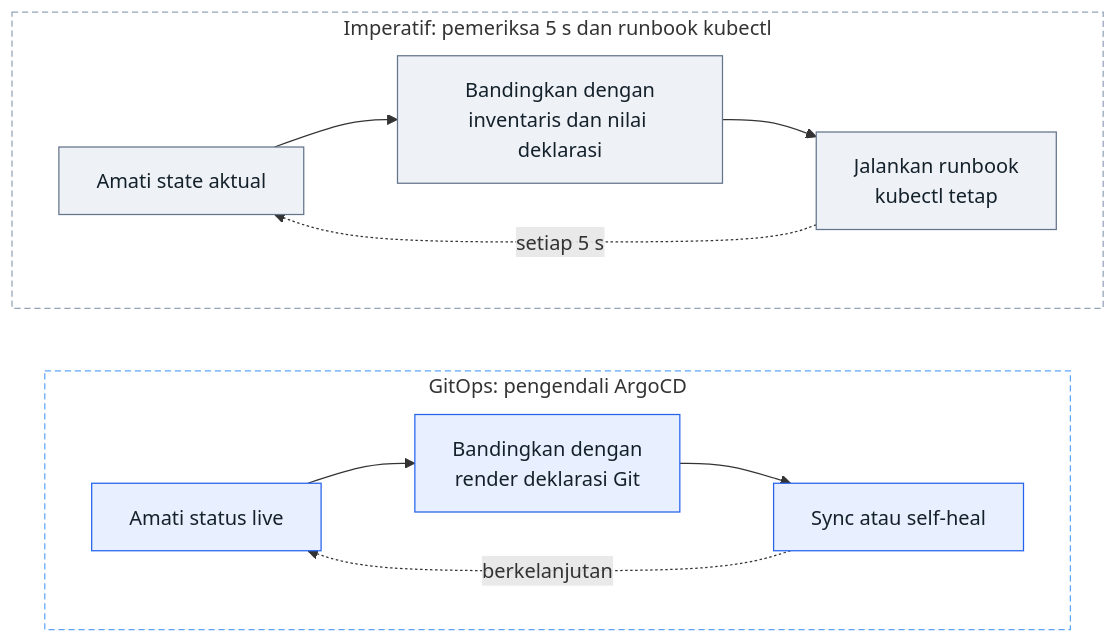
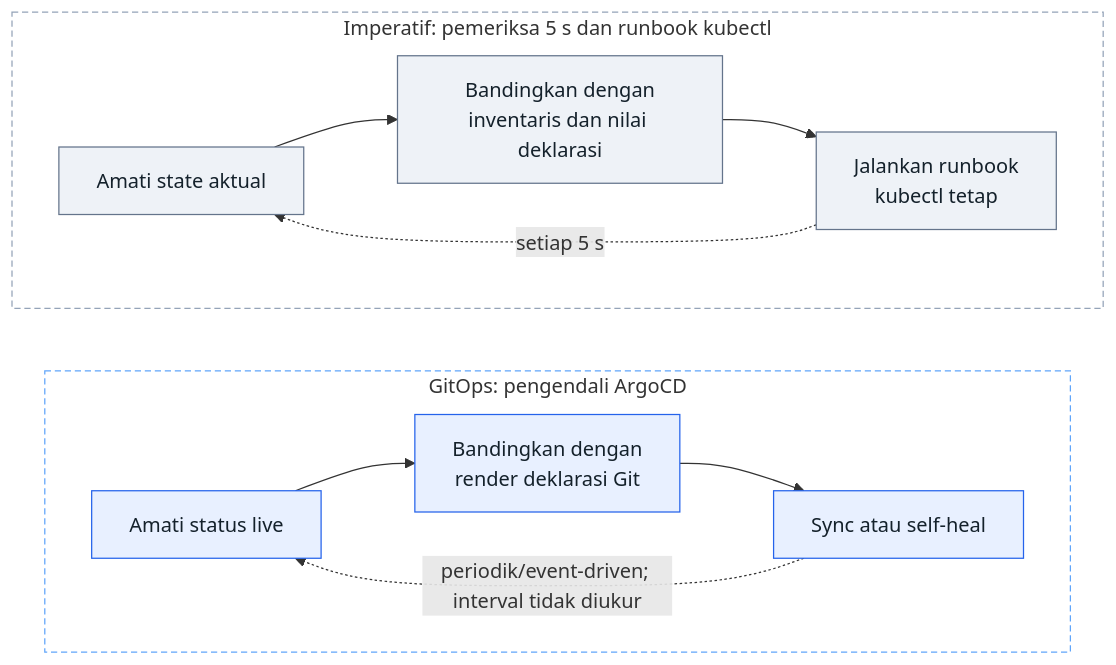
One commit to vityasyyy/skripsi changed the diagram in content/skripsi/diagrams/src/fig-control-loop.mmd. Above: the diagram before and after it, drawn with Mermaid. The commit also changed 48 other files, not shown here.

```diff
--- a/content/skripsi/diagrams/src/fig-control-loop.mmd
+++ b/content/skripsi/diagrams/src/fig-control-loop.mmd
@@ -1,18 +1,18 @@
 flowchart TB
   subgraph IMP["Imperatif: pemeriksa 5 s dan runbook kubectl"]
     direction LR
     I1["Amati state aktual"] --> I2["Bandingkan dengan<br/>inventaris dan nilai deklarasi"] --> I3["Jalankan runbook<br/>kubectl tetap"]
     I3 -. "setiap 5 s" .-> I1
   end
   subgraph GIT["GitOps: pengendali ArgoCD"]
     direction LR
     G1["Amati status live"] --> G2["Bandingkan dengan<br/>render deklarasi Git"] --> G3["Sync atau self-heal"]
-    G3 -. "berkelanjutan" .-> G1
+    G3 -. "periodik/event-driven; interval tidak diukur" .-> G1
   end
   IMP ~~~ GIT
   classDef imp fill:#eef2f7,stroke:#64748b,color:#14212b;
   classDef git fill:#e8f0ff,stroke:#2563eb,color:#14212b;
   class I1,I2,I3 imp;
   class G1,G2,G3 git;
   style IMP fill:#ffffff,stroke:#94a3b8,stroke-dasharray:5 3
   style GIT fill:#ffffff,stroke:#60a5fa,stroke-dasharray:5 3
```
